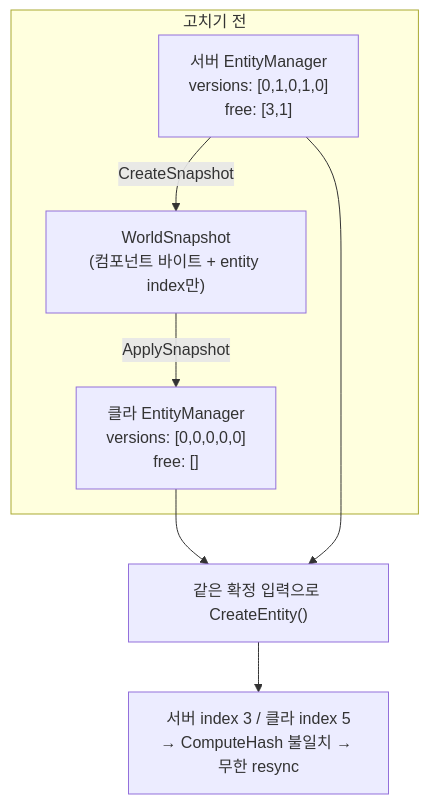
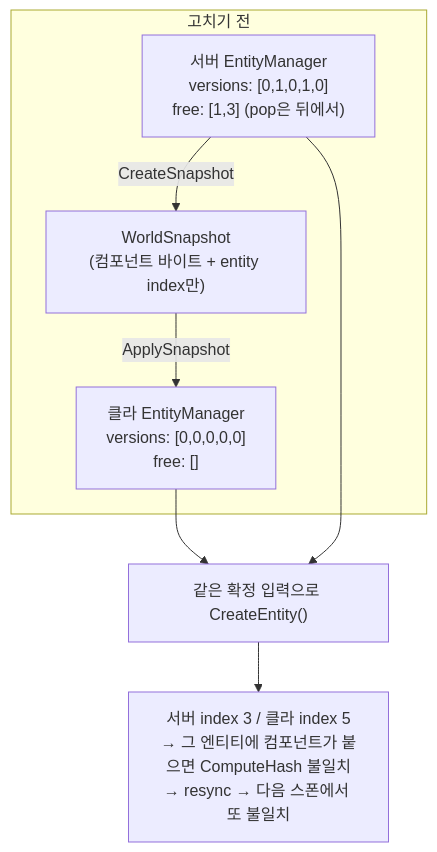
One commit to J0nJAr/ECSFactory changed the diagram in docs/blog/09_deterministic-spawn-and-snapshot.md. Above: the diagram before and after it, drawn with Mermaid. The commit also changed other lines of this file and 10 other files, not shown here.

````diff
--- a/docs/blog/09_deterministic-spawn-and-snapshot.md
+++ b/docs/blog/09_deterministic-spawn-and-snapshot.md
@@ -116,15 +120,15 @@
 ```mermaid
 flowchart TB
     subgraph before["고치기 전"]
-        S1["서버 EntityManager<br/>versions: [0,1,0,1,0]<br/>free: [3,1]"]
+        S1["서버 EntityManager<br/>versions: [0,1,0,1,0]<br/>free: [1,3] (pop은 뒤에서)"]
         SNAP1["WorldSnapshot<br/>(컴포넌트 바이트 + entity index만)"]
         C1["클라 EntityManager<br/>versions: [0,0,0,0,0]<br/>free: []"]
         S1 -->|CreateSnapshot| SNAP1
         SNAP1 -->|ApplySnapshot| C1
     end
 
     SPAWN["같은 확정 입력으로 CreateEntity()"]
     C1 --> SPAWN
     S1 --> SPAWN
-    SPAWN --> DIVERGE["서버 index 3 / 클라 index 5<br/>→ ComputeHash 불일치 → 무한 resync"]
+    SPAWN --> DIVERGE["서버 index 3 / 클라 index 5<br/>→ 그 엔티티에 컴포넌트가 붙으면 ComputeHash 불일치<br/>→ resync → 다음 스폰에서 또 불일치"]
 ```
````
